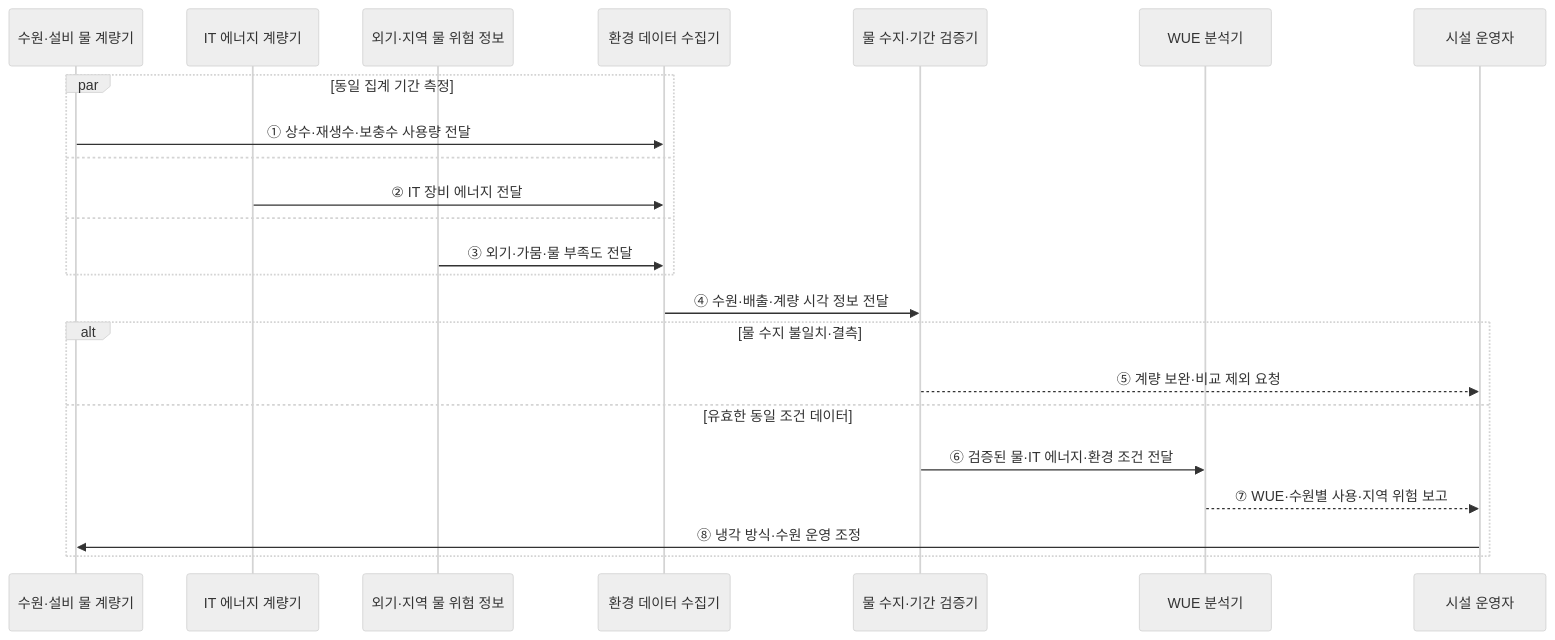
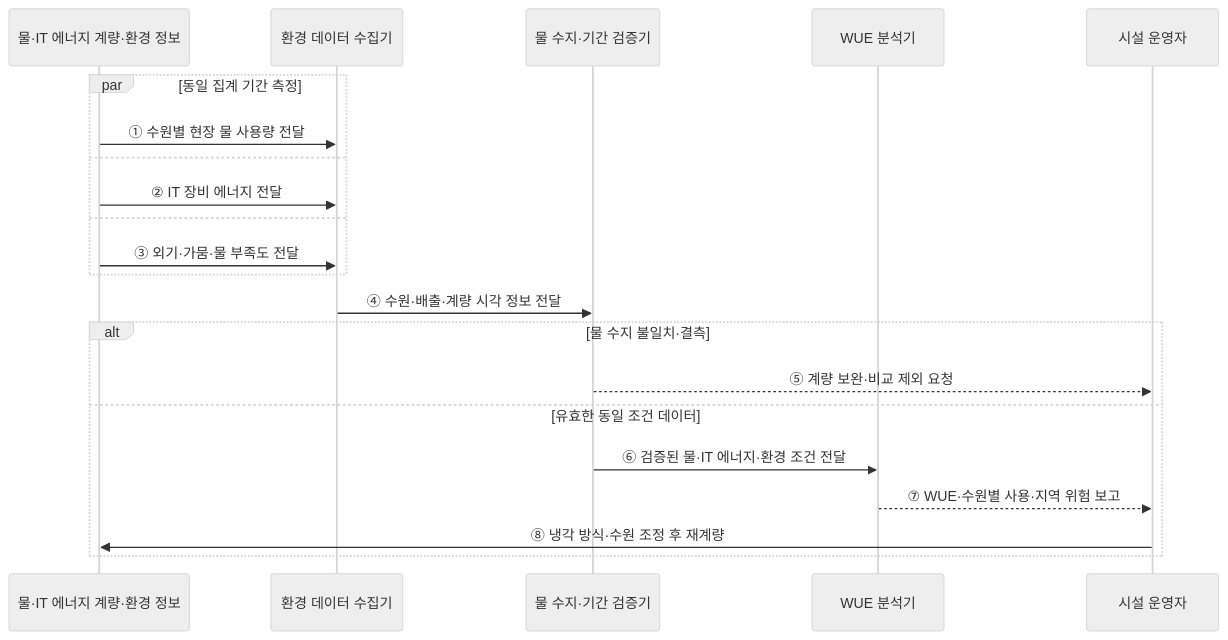
The second of 2 diagrams in src/content/docs/notes/02-hardware/059_water_usage_effectiveness.md (agnusdei1207/knowledge-base), drawn with Mermaid (neutral theme) before and after one commit. The commit also changed other lines of this file and 20 other files, not shown here.

````diff
--- a/src/content/docs/notes/02-hardware/059_water_usage_effectiveness.md
+++ b/src/content/docs/notes/02-hardware/059_water_usage_effectiveness.md
@@ -88,26 +80,24 @@
 ```mermaid
 sequenceDiagram
-    participant W as 수원·설비 물 계량기
-    participant I as IT 에너지 계량기
-    participant E as 외기·지역 물 위험 정보
+    participant E as 물·IT 에너지 계량·환경 정보
     participant C as 환경 데이터 수집기
     participant V as 물 수지·기간 검증기
     participant A as WUE 분석기
     participant O as 시설 운영자
 
     par 동일 집계 기간 측정
-        W->>C: ① 상수·재생수·보충수 사용량 전달
+        E->>C: ① 수원별 현장 물 사용량 전달
     and
-        I->>C: ② IT 장비 에너지 전달
+        E->>C: ② IT 장비 에너지 전달
     and
         E->>C: ③ 외기·가뭄·물 부족도 전달
     end
     C->>V: ④ 수원·배출·계량 시각 정보 전달
     alt 물 수지 불일치·결측
         V-->>O: ⑤ 계량 보완·비교 제외 요청
     else 유효한 동일 조건 데이터
         V->>A: ⑥ 검증된 물·IT 에너지·환경 조건 전달
         A-->>O: ⑦ WUE·수원별 사용·지역 위험 보고
-        O->>W: ⑧ 냉각 방식·수원 운영 조정
+        O->>E: ⑧ 냉각 방식·수원 조정 후 재계량
     end
 ```
````
